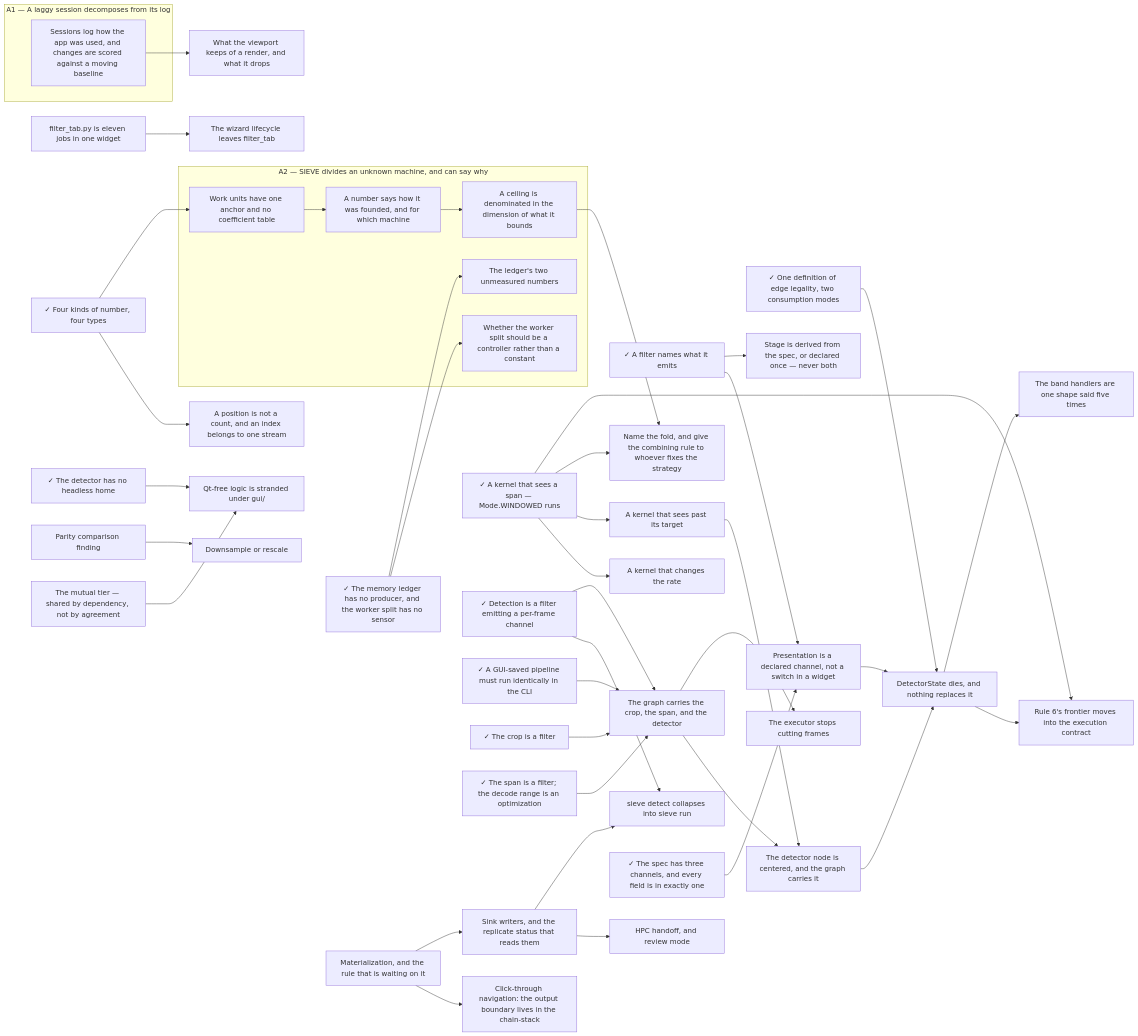
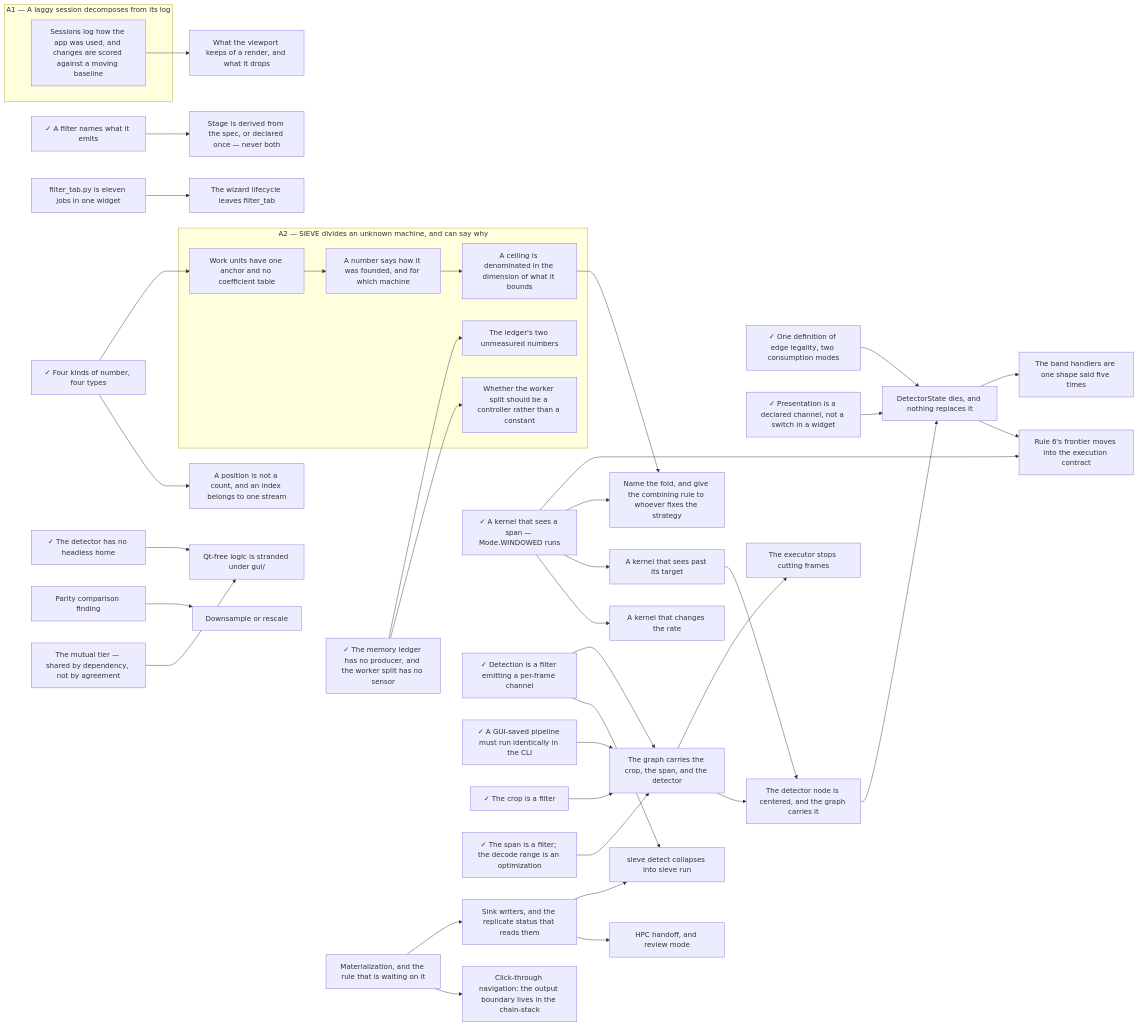
Before and after one commit to soulsynapse/antscihub-SIEVE: the diagram in docs/.state.md, drawn with Mermaid. The commit also changed other lines of this file and 23 other files, not shown here.

Commit message:
feat(presentation-is-a-channel-not-a-switch): declare presentation

```diff
--- a/docs/.state.md
+++ b/docs/.state.md
@@ -149,7 +147,7 @@
     name_the_fold["Name the fold, and give the combining rule to whoever fixes the strategy"]
     one_definition_of_edge_legality["✓ One definition of edge legality, two consumption modes"]
     parity_comparison_finding["Parity comparison finding"]
-    presentation_is_a_channel_not_a_switch["Presentation is a declared channel, not a switch in a widget"]
+    presentation_is_a_channel_not_a_switch["✓ Presentation is a declared channel, not a switch in a widget"]
     proxy_retention_policy["What the viewport keeps of a render, and what it drops"]
     qt_free_logic_under_gui["Qt-free logic is stranded under gui/"]
     rule_sixs_frontier_moves_into_the_contract["Rule 6's frontier moves into the execution contract"]
@@ -163,7 +161,6 @@
     the_graph_carries_the_crop_the_span_and_the_detector["The graph carries the crop, the span, and the detector"]
     the_mutual_tier["The mutual tier — shared by dependency, not by agreement"]
     the_span_is_a_filter["✓ The span is a filter; the decode range is an optimization"]
-    the_spec_has_three_channels["✓ The spec has three channels, and every field is in exactly one"]
     the_wizard_lifecycle_leaves_filter_tab["The wizard lifecycle leaves filter_tab"]
     a_kernel_that_sees_a_span --> a_kernel_that_changes_the_rate
     a_kernel_that_sees_a_span --> a_kernel_that_sees_past_its_target
@@ -180,8 +177,6 @@
     ledger_producers --> ledger_measurements
     ceilings_in_the_dimension_they_bound --> name_the_fold
     a_kernel_that_sees_a_span --> name_the_fold
-    the_spec_has_three_channels --> presentation_is_a_channel_not_a_switch
-    a_filter_names_what_it_emits --> presentation_is_a_channel_not_a_switch
     slow_path_surfacing --> proxy_retention_policy
     headless_detection --> qt_free_logic_under_gui
     the_mutual_tier --> qt_free_logic_under_gui
```
